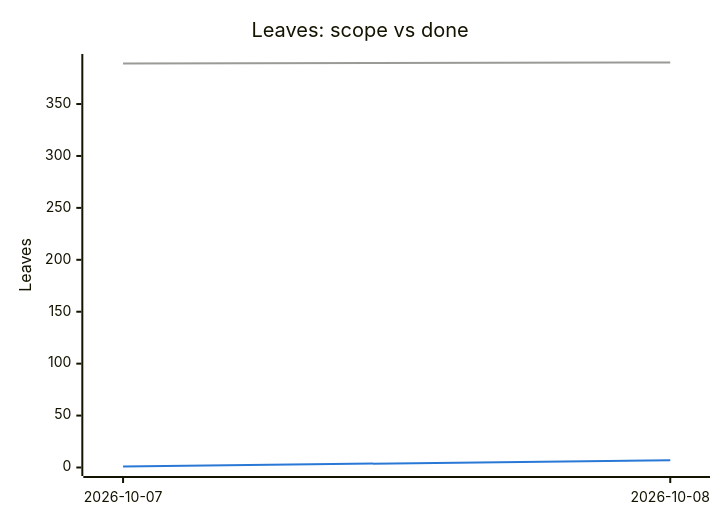
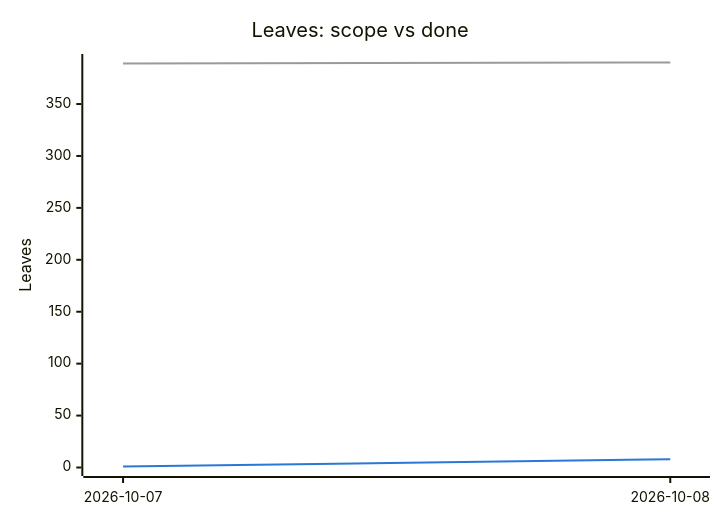
Before and after one commit to tomiok/persiaDB: the second of 2 diagrams in PROGRESS.md, drawn with Mermaid. The commit also changed other lines of this file and 5 other files, not shown here.

````diff
--- a/PROGRESS.md
+++ b/PROGRESS.md
@@ -107,14 +106,14 @@
 ```mermaid
 ---
 config:
   themeVariables:
     xyChart:
       plotColorPalette: "#9a9a96, #2a78d6"
 ---
 xychart-beta
   title "Leaves: scope vs done"
   x-axis ["2026-10-07", "2026-10-08"]
   y-axis "Leaves" 0 --> 390
   line [389, 390]
-  line [1, 7]
+  line [1, 8]
 ```
````
